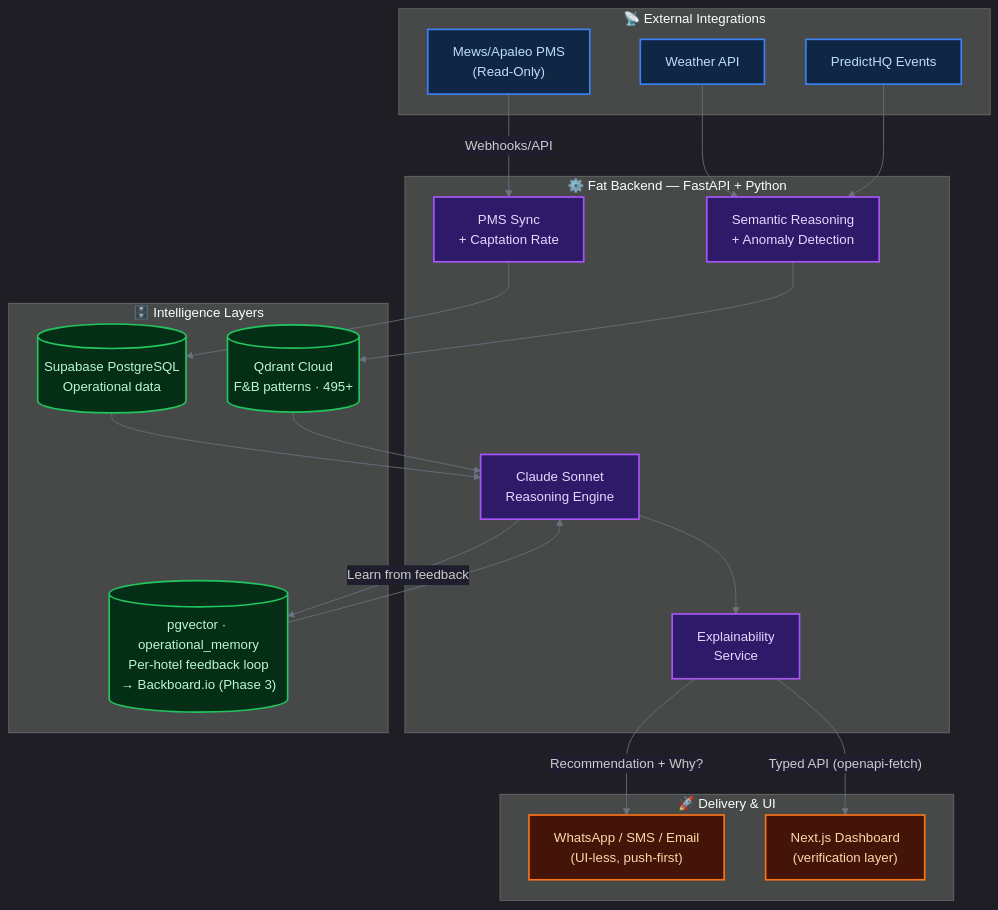
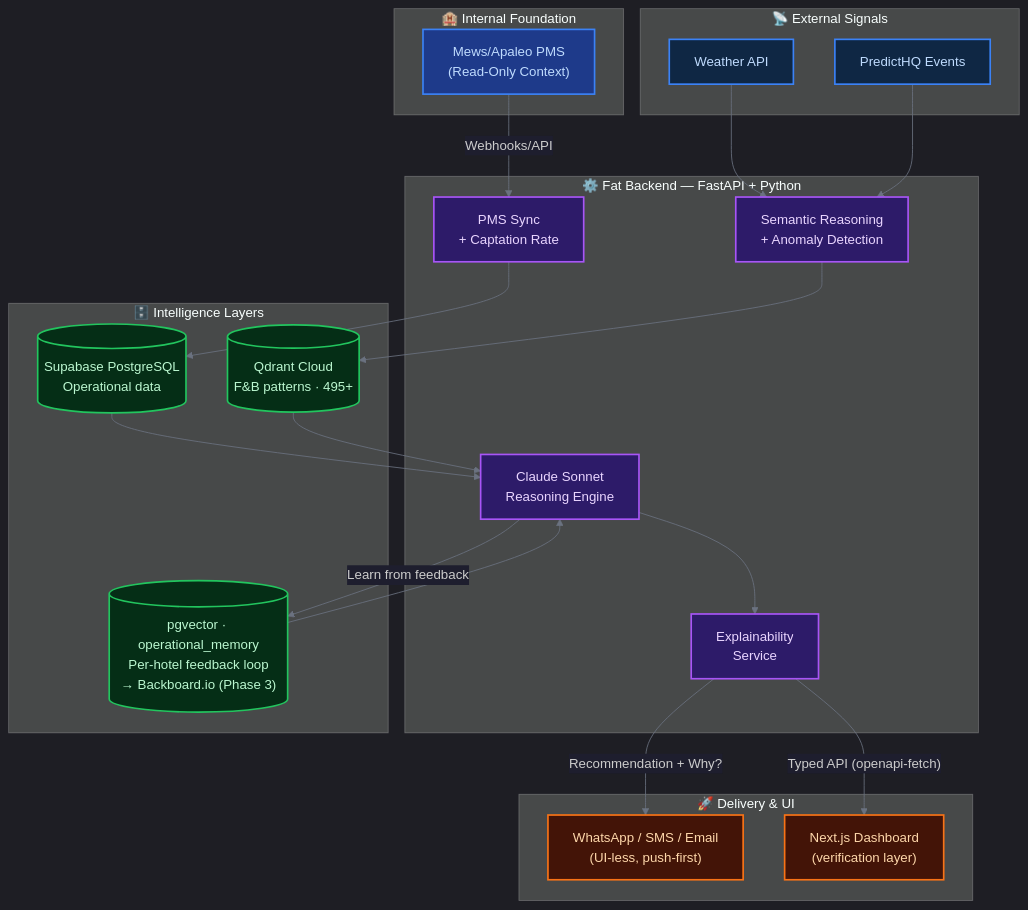
One commit to IvandeMurard/aetherix-hospitality-ai changed the diagram in README.md. Above: the diagram before and after it, drawn with Mermaid. The commit also changed other lines of this file, not shown here.

````diff
--- a/README.md
+++ b/README.md
@@ -104,50 +110,56 @@
 ```mermaid
 %%{init: {'theme': 'dark', 'themeVariables': {'edgeLabelBackground': '#1e1e2e', 'lineColor': '#6b7280'}}}%%
 graph TD
-    subgraph EXT["📡 External Integrations"]
-        PMS["Mews/Apaleo PMS\n(Read-Only)"]
+    subgraph FOUNDATION["🏨 Internal Foundation"]
+        PMS["Mews/Apaleo PMS\n(Read-Only Context)"]
+    end
+
+    subgraph EXT["📡 External Signals"]
         Weather["Weather API"]
         Events["PredictHQ Events"]
     end
 
     subgraph BACK["⚙️ Fat Backend — FastAPI + Python"]
         Sync["PMS Sync\n+ Captation Rate"]
         Semantic["Semantic Reasoning\n+ Anomaly Detection"]
         RAG["Claude Sonnet\nReasoning Engine"]
         Explain["Explainability\nService"]
     end
 
     subgraph DATA["🗄️ Intelligence Layers"]
         DB[("Supabase PostgreSQL\nOperational data")]
         Vector[("Qdrant Cloud\nF&B patterns · 495+")]
         Memory[("pgvector · operational_memory\nPer-hotel feedback loop\n→ Backboard.io (Phase 3)")]
     end
 
     subgraph DELIVERY["🚀 Delivery & UI"]
         Push["WhatsApp / SMS / Email\n(UI-less, push-first)"]
         Frontend["Next.js Dashboard\n(verification layer)"]
     end
 
     PMS -- "Webhooks/API" --> Sync
     Weather --> Semantic
     Events --> Semantic
     Sync --> DB
     Semantic --> Vector
     DB --> RAG
     Vector --> RAG
     Memory --> RAG
     RAG --> Explain
     Explain -- "Recommendation + Why?" --> Push
     Explain -- "Typed API (openapi-fetch)" --> Frontend
     RAG -- "Learn from feedback" --> Memory
 
+    classDef foundation fill:#1e3a8a,stroke:#3b82f6,stroke-width:2px,color:#bfdbfe
     classDef external  fill:#0f2744,stroke:#3b82f6,stroke-width:2px,color:#bfdbfe
     classDef backend   fill:#2d1b69,stroke:#a855f7,stroke-width:2px,color:#e9d5ff
     classDef db        fill:#052e16,stroke:#22c55e,stroke-width:2px,color:#bbf7d0
     classDef delivery  fill:#431407,stroke:#f97316,stroke-width:2px,color:#fed7aa
 
-    class PMS,Weather,Events external
+    class PMS foundation
+    class Weather,Events external
     class Sync,Semantic,RAG,Explain backend
     class DB,Vector,Memory db
     class Push,Frontend delivery
+
 ```
````
